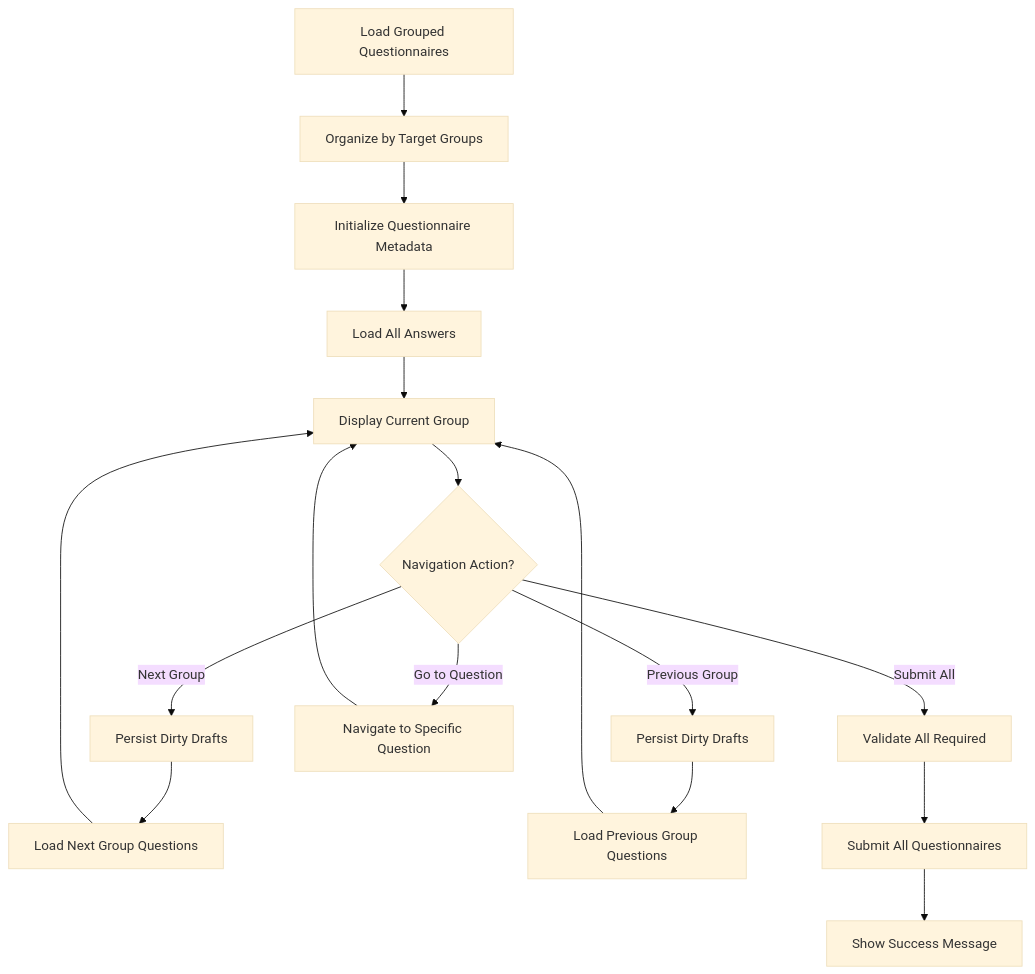
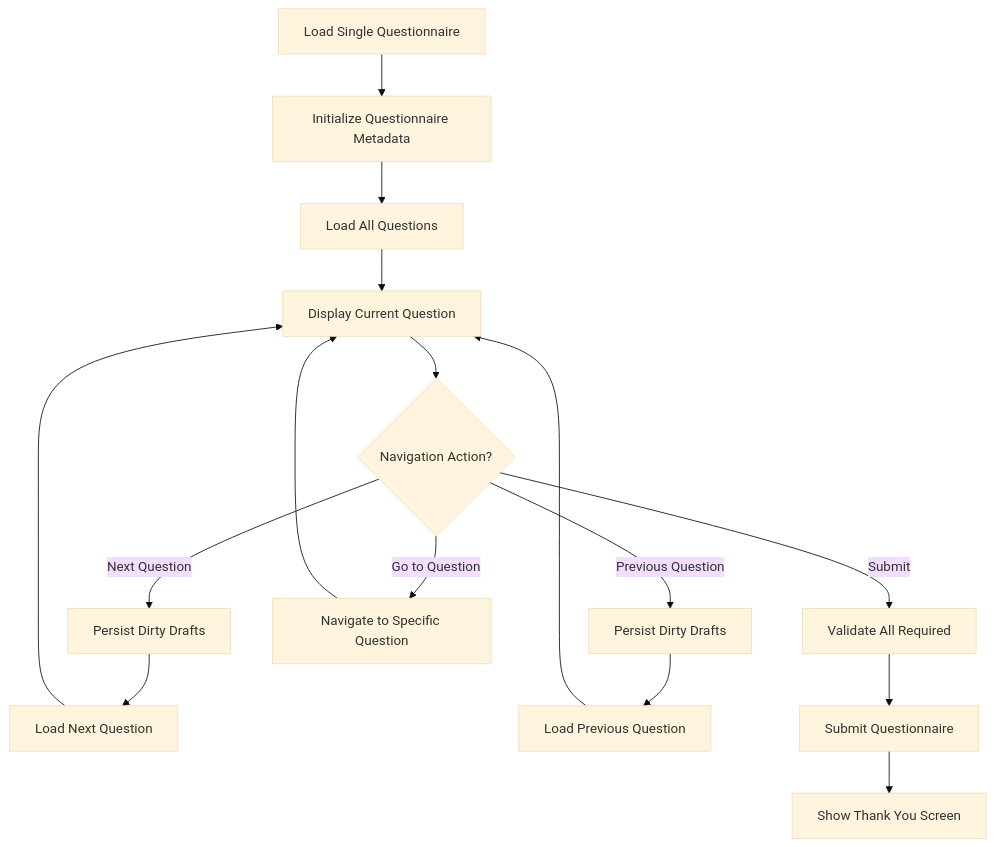
Before and after one commit to rudicatsmile/assesment360: the fifth of 7 diagrams in .qoder/repowiki/en/content/Core Features/Evaluation Workflows/Evaluation Workflows.md, drawn with Mermaid (base theme). The commit also changed other lines of this file and 15 other files, not shown here.

````diff
--- a/.qoder/repowiki/en/content/Core Features/Evaluation Workflows/Evaluation Workflows.md
+++ b/.qoder/repowiki/en/content/Core Features/Evaluation Workflows/Evaluation Workflows.md
@@ -303,19 +304,18 @@
 ```mermaid
 flowchart TD
-A["Load Grouped Questionnaires"] --> B["Organize by Target Groups"]
-B --> C["Initialize Questionnaire Metadata"]
-C --> D["Load All Answers"]
-D --> E["Display Current Group"]
-E --> F{"Navigation Action?"}
-F --> |Next Group| G["Persist Dirty Drafts"]
-G --> H["Load Next Group Questions"]
-H --> E
-F --> |Previous Group| I["Persist Dirty Drafts"]
-I --> J["Load Previous Group Questions"]
-J --> E
-F --> |Go to Question| K["Navigate to Specific Question"]
-K --> E
-F --> |Submit All| L["Validate All Required"]
-L --> M["Submit All Questionnaires"]
-M --> N["Show Success Message"]
+A["Load Single Questionnaire"] --> B["Initialize Questionnaire Metadata"]
+B --> C["Load All Questions"]
+C --> D["Display Current Question"]
+D --> E{"Navigation Action?"}
+E --> |Next Question| F["Persist Dirty Drafts"]
+F --> G["Load Next Question"]
+G --> D
+E --> |Previous Question| H["Persist Dirty Drafts"]
+H --> I["Load Previous Question"]
+I --> D
+E --> |Go to Question| J["Navigate to Specific Question"]
+J --> D
+E --> |Submit| K["Validate All Required"]
+K --> L["Submit Questionnaire"]
+L --> M["Show Thank You Screen"]
 ```
````
